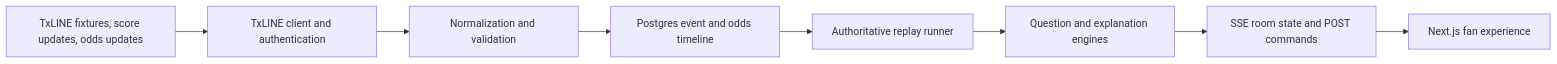
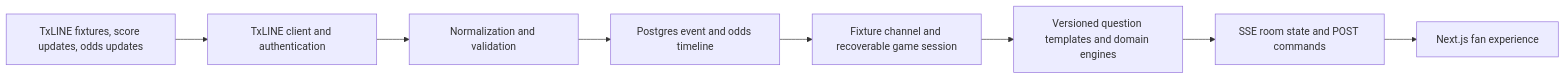
Before and after one commit to viniciomendesr/palpitei-v1: the diagram in README.md, drawn with Mermaid. The commit also changed other lines of this file and 168 other files, not shown here.

````diff
--- a/README.md
+++ b/README.md
@@ -89,10 +91,10 @@
 ```mermaid
 flowchart LR
     A["TxLINE fixtures, score updates, odds updates"] --> B["TxLINE client and authentication"]
     B --> C["Normalization and validation"]
     C --> D["Postgres event and odds timeline"]
-    D --> E["Authoritative replay runner"]
-    E --> F["Question and explanation engines"]
+    D --> E["Fixture channel and recoverable game session"]
+    E --> F["Versioned question templates and domain engines"]
     F --> G["SSE room state and POST commands"]
     G --> H["Next.js fan experience"]
 ```
````
